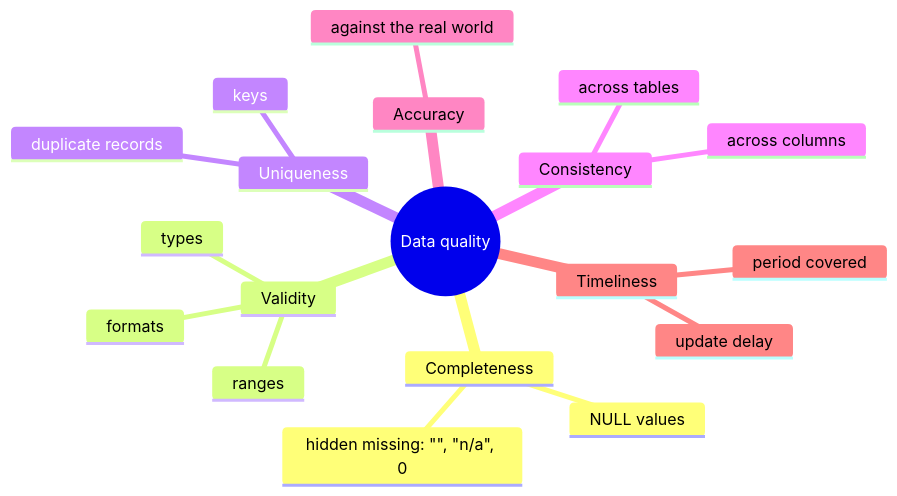
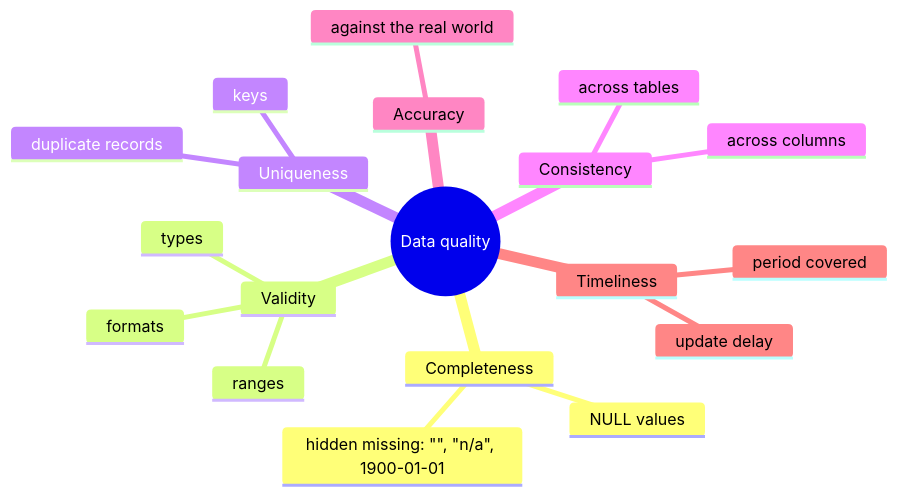
Before and after one commit to khoadaniel/statistical-programming-mpmd-htw-ws-2026: the second of 3 diagrams in sessions/04-data-quality/theory/01-data-quality-checks.md, drawn with Mermaid. The commit also changed other lines of this file and 268 other files, not shown here.

````diff
--- a/sessions/04-data-quality/theory/01-data-quality-checks.md
+++ b/sessions/04-data-quality/theory/01-data-quality-checks.md
@@ -43,22 +43,22 @@
 ```mermaid
 mindmap
   root((Data quality))
     Completeness
       NULL values
-      hidden missing: "", "n/a", 0
+      hidden missing: "", "n/a", 1900-01-01
     Validity
       types
       ranges
       formats
     Uniqueness
       keys
       duplicate records
     Consistency
       across columns
       across tables
     Accuracy
       against the real world
     Timeliness
       period covered
       update delay
 ```
````
